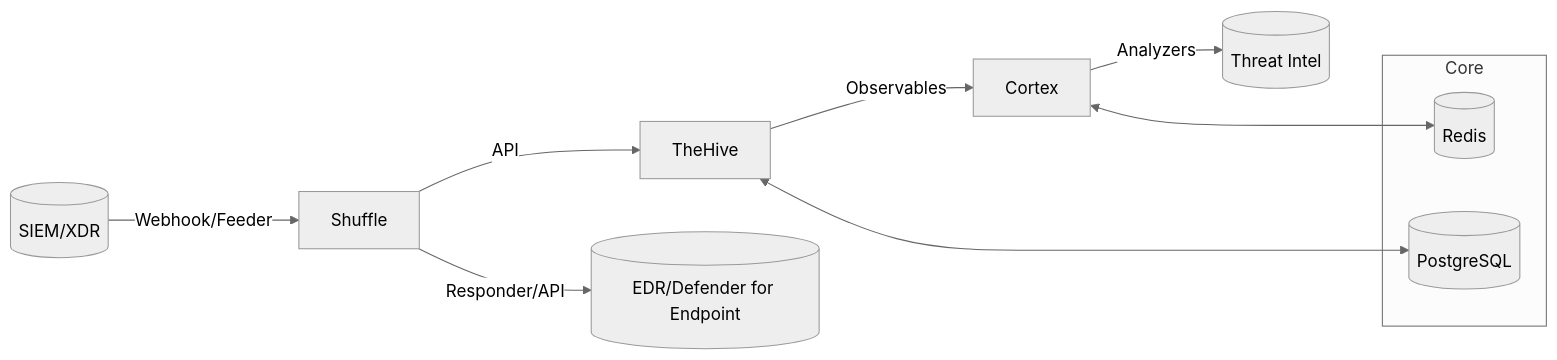
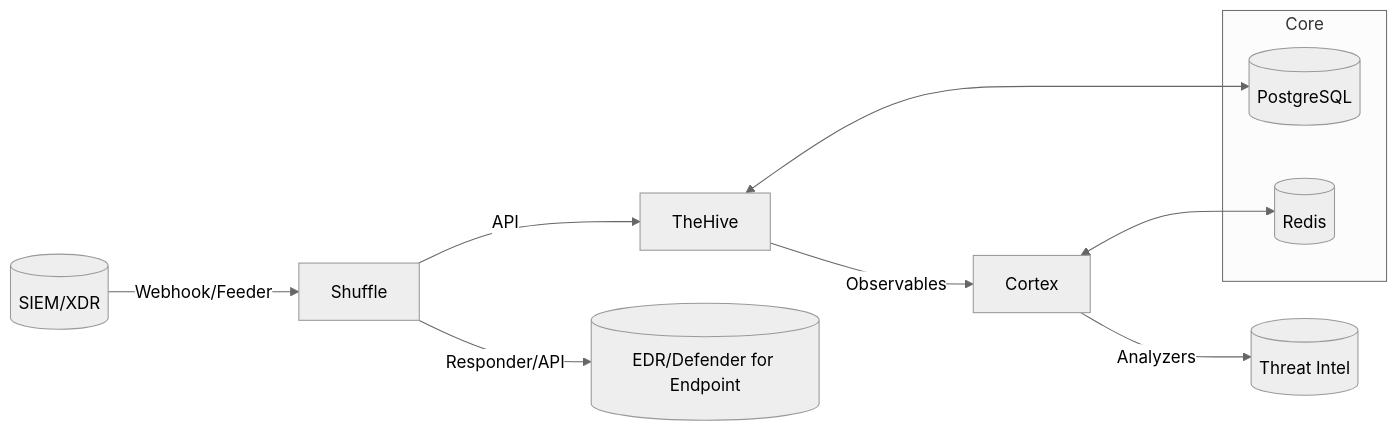
Before and after one commit to alesanfe/soar-ransomware-lab: the diagram in README.md, drawn with Mermaid (neutral theme). The commit also changed other lines of this file and 35 other files, not shown here.

````diff
--- a/README.md
+++ b/README.md
@@ -9,14 +18,14 @@
 ```mermaid
 flowchart LR
   SIEM[(SIEM/XDR)] -- Webhook/Feeder --> Shuffle
   Shuffle -- API --> TheHive
   TheHive -- Observables --> Cortex
   Cortex -- Analyzers --> TI[(Threat Intel)]
   Shuffle -- Responder/API --> EDR[(EDR/Defender for Endpoint)]
   subgraph Core
     Postgres[(PostgreSQL)]
     Redis[(Redis)]
   end
-  TheHive <---> Postgres
-  Cortex <---> Redis
+  TheHive <--> Postgres
+  Cortex <--> Redis
 ```
````
